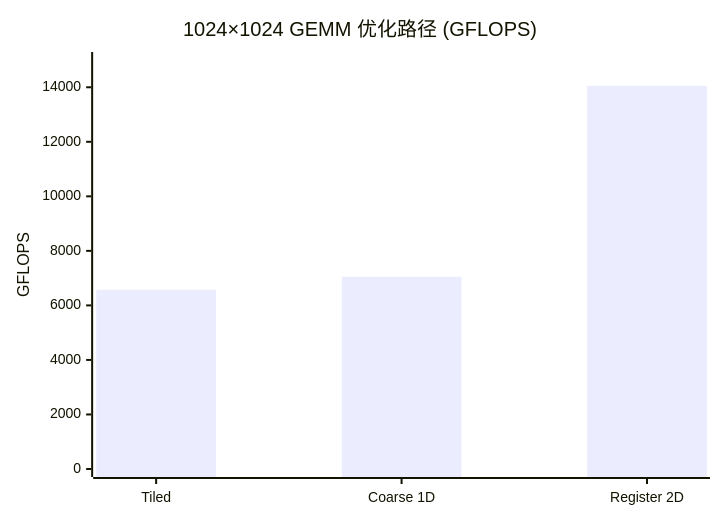
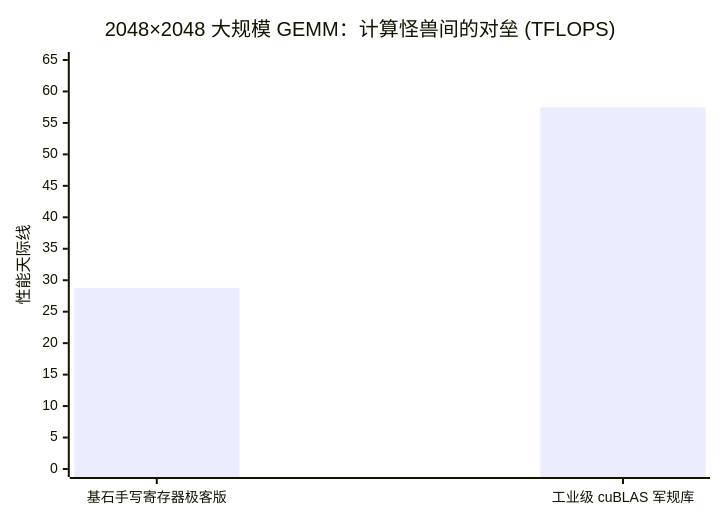
One commit to psmarter/CUDA-Practice changed the diagram in Blogs/04_GEMM_Optimization_Register_Tiling.md. Above: the diagram before and after it, drawn with Mermaid. The commit also changed other lines of this file and 14 other files, not shown here.

````diff
--- a/Blogs/04_GEMM_Optimization_Register_Tiling.md
+++ b/Blogs/04_GEMM_Optimization_Register_Tiling.md
@@ -78,7 +207,7 @@
 ```mermaid
 xychart-beta
-  title "1024×1024 GEMM 优化路径 (GFLOPS)"
-  x-axis ["Tiled", "Coarse 1D", "Register 2D"]
-  y-axis "GFLOPS" 0 --> 15000
-  bar [6575, 7050, 14055]
+  title "2048×2048 大规模 GEMM：计算怪兽间的对垒 (TFLOPS)"
+  x-axis ["基石手写寄存器极客版", "工业级 cuBLAS 军规库"]
+  y-axis "性能天际线" 0 --> 65
+  bar [28.79, 57.49]
 ```
````
